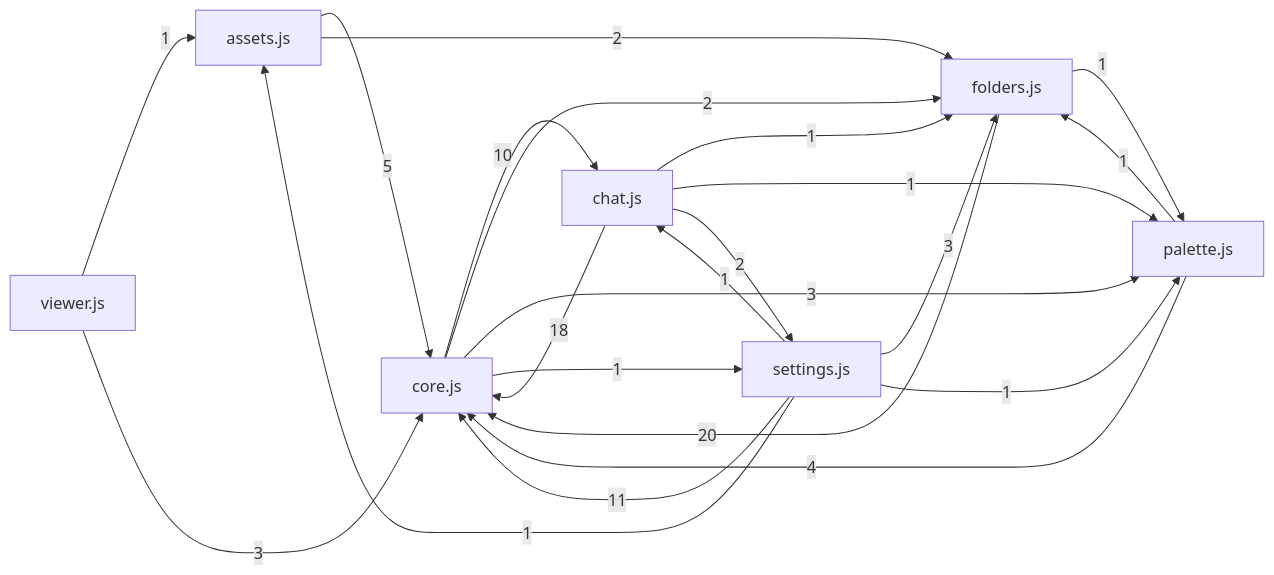
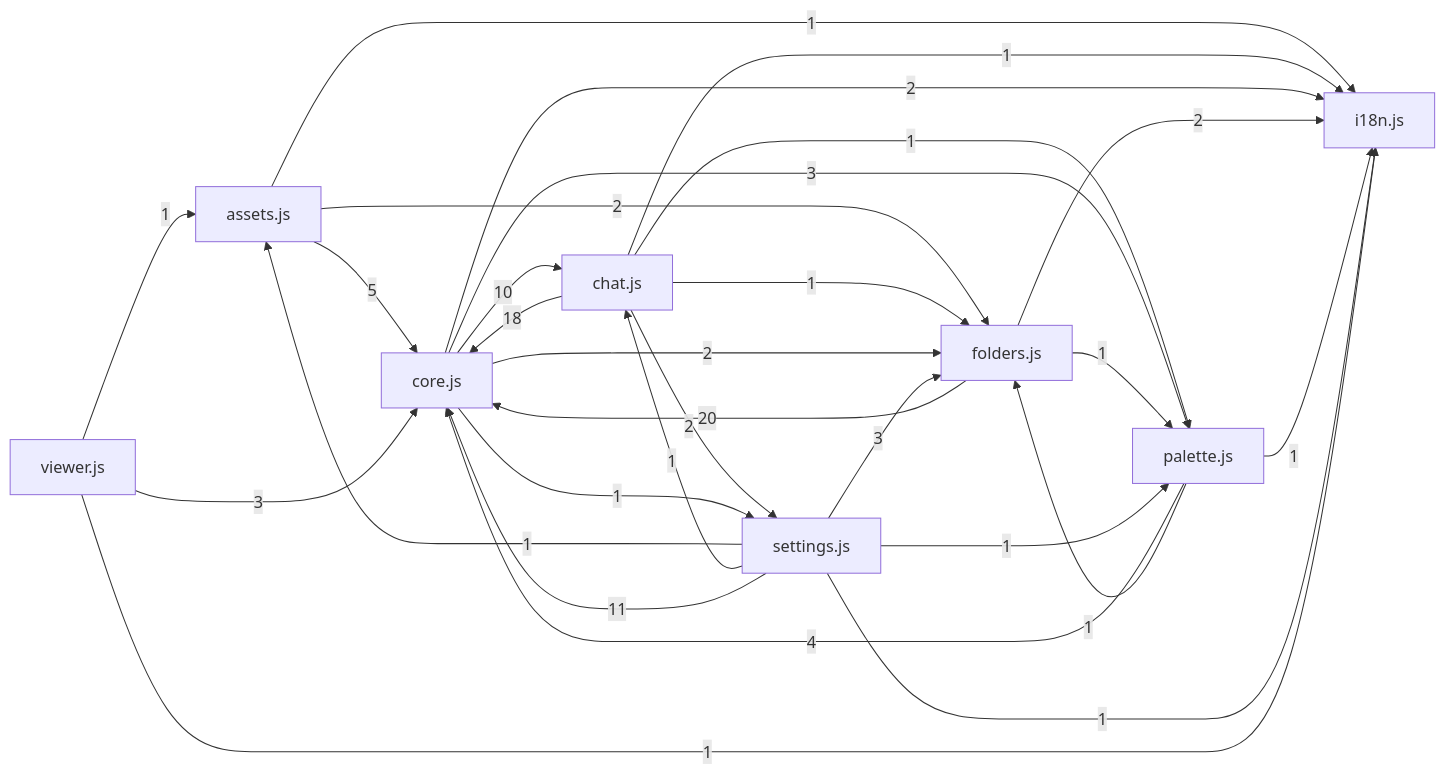
One commit to Zenginby/kromis changed the diagram in docs/graflar/onyuz.md. Above: the diagram before and after it, drawn with Mermaid. The commit also changed other lines of this file and 17 other files, not shown here.

````diff
--- a/docs/graflar/onyuz.md
+++ b/docs/graflar/onyuz.md
@@ -24,24 +24,31 @@
 ```mermaid
 flowchart LR
   n_assets_js["assets.js"] -->|5| n_core_js["core.js"]
   n_assets_js["assets.js"] -->|2| n_folders_js["folders.js"]
+  n_assets_js["assets.js"] -->|1| n_i18n_js["i18n.js"]
   n_chat_js["chat.js"] -->|18| n_core_js["core.js"]
   n_chat_js["chat.js"] -->|1| n_folders_js["folders.js"]
+  n_chat_js["chat.js"] -->|1| n_i18n_js["i18n.js"]
   n_chat_js["chat.js"] -->|1| n_palette_js["palette.js"]
   n_chat_js["chat.js"] -->|2| n_settings_js["settings.js"]
   n_core_js["core.js"] -->|10| n_chat_js["chat.js"]
   n_core_js["core.js"] -->|2| n_folders_js["folders.js"]
+  n_core_js["core.js"] -->|2| n_i18n_js["i18n.js"]
   n_core_js["core.js"] -->|3| n_palette_js["palette.js"]
   n_core_js["core.js"] -->|1| n_settings_js["settings.js"]
   n_folders_js["folders.js"] -->|20| n_core_js["core.js"]
+  n_folders_js["folders.js"] -->|2| n_i18n_js["i18n.js"]
   n_folders_js["folders.js"] -->|1| n_palette_js["palette.js"]
   n_palette_js["palette.js"] -->|4| n_core_js["core.js"]
   n_palette_js["palette.js"] -->|1| n_folders_js["folders.js"]
+  n_palette_js["palette.js"] -->|1| n_i18n_js["i18n.js"]
   n_settings_js["settings.js"] -->|1| n_assets_js["assets.js"]
   n_settings_js["settings.js"] -->|1| n_chat_js["chat.js"]
   n_settings_js["settings.js"] -->|11| n_core_js["core.js"]
   n_settings_js["settings.js"] -->|3| n_folders_js["folders.js"]
+  n_settings_js["settings.js"] -->|1| n_i18n_js["i18n.js"]
   n_settings_js["settings.js"] -->|1| n_palette_js["palette.js"]
   n_viewer_js["viewer.js"] -->|1| n_assets_js["assets.js"]
   n_viewer_js["viewer.js"] -->|3| n_core_js["core.js"]
+  n_viewer_js["viewer.js"] -->|1| n_i18n_js["i18n.js"]
 ```
````
